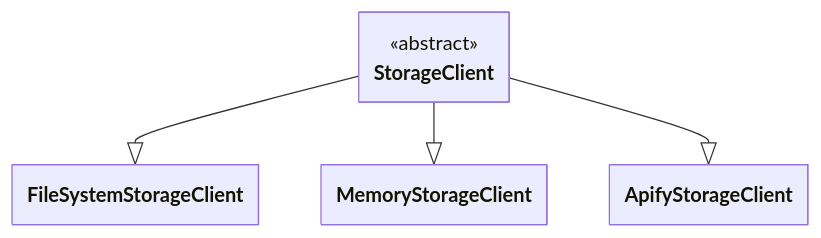
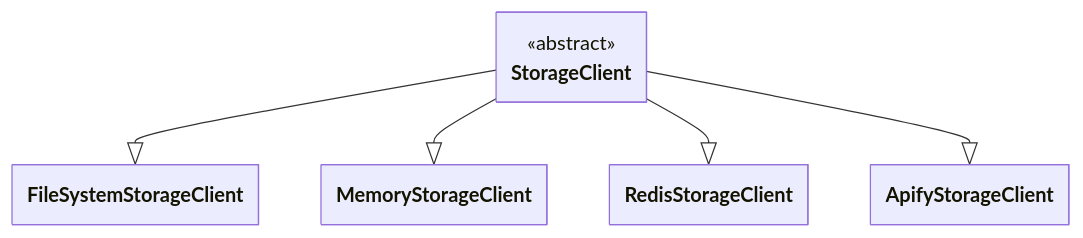
One commit to apify/crawlee-python changed the first of 4 diagrams in docs/guides/storage_clients.mdx. Above: the diagram before and after it, drawn with Mermaid. The commit also changed other lines of this file and 5 other files, not shown here.

````diff
--- a/docs/guides/storage_clients.mdx
+++ b/docs/guides/storage_clients.mdx
@@ -28,35 +31,38 @@
 ```mermaid
 ---
 config:
     class:
         hideEmptyMembersBox: true
 ---
 
 classDiagram
 
 %% ========================
 %% Abstract classes
 %% ========================
 
 class StorageClient {
     <<abstract>>
 }
 
 %% ========================
 %% Specific classes
 %% ========================
 
 class FileSystemStorageClient
 
 class MemoryStorageClient
 
+class RedisStorageClient
+
 class ApifyStorageClient
 
 %% ========================
 %% Inheritance arrows
 %% ========================
 
 StorageClient --|> FileSystemStorageClient
 StorageClient --|> MemoryStorageClient
+StorageClient --|> RedisStorageClient
 StorageClient --|> ApifyStorageClient
 ```
````
